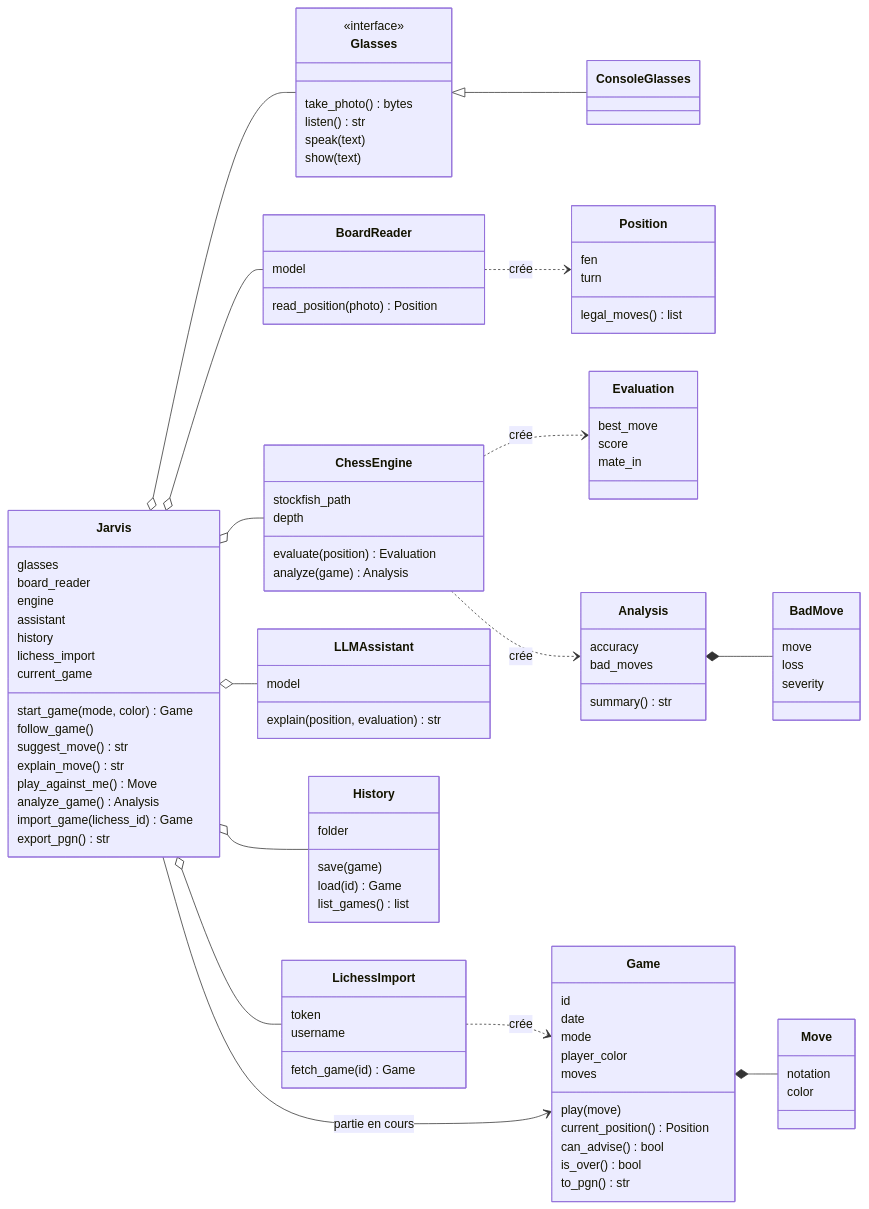
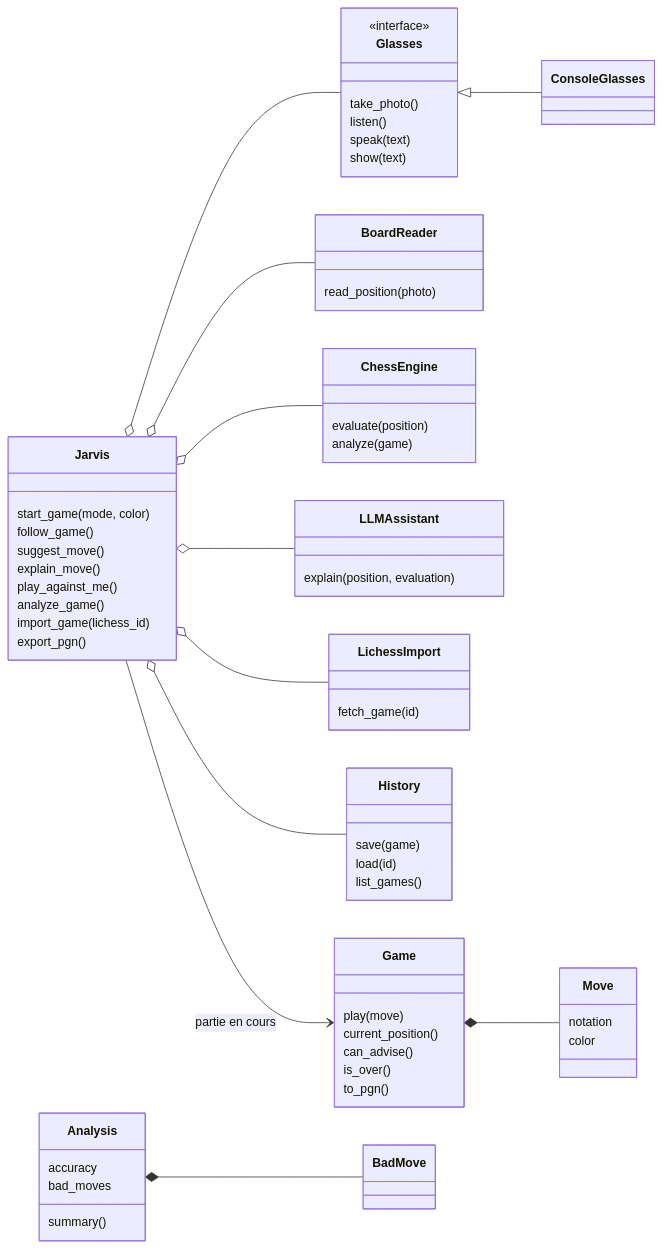
The first of 2 diagrams in docs/ARCHITECTURE.md (JaggyINK/Jagvis), drawn with Mermaid before and after one commit. The commit also changed other lines of this file and 3 other files, not shown here.

Commit message:
docs: simpler and up to date README, SUIVI, ARCHITECTURE and COMMANDES

````diff
--- a/docs/ARCHITECTURE.md
+++ b/docs/ARCHITECTURE.md
@@ -90,108 +37,66 @@
 ```mermaid
 classDiagram
     direction LR
-
     class Jarvis {
-        glasses
-        board_reader
-        engine
-        assistant
-        history
-        lichess_import
-        current_game
-        start_game(mode, color) Game
+        start_game(mode, color)
         follow_game()
-        suggest_move() str
-        explain_move() str
-        play_against_me() Move
-        analyze_game() Analysis
-        import_game(lichess_id) Game
-        export_pgn() str
+        suggest_move()
+        explain_move()
+        play_against_me()
+        analyze_game()
+        import_game(lichess_id)
+        export_pgn()
     }
-
     class Glasses {
         <<interface>>
-        take_photo() bytes
-        listen() str
+        take_photo()
+        listen()
         speak(text)
         show(text)
     }
-    class ConsoleGlasses
     class BoardReader {
-        model
-        read_position(photo) Position
+        read_position(photo)
     }
     class ChessEngine {
-        stockfish_path
-        depth
-        evaluate(position) Evaluation
-        analyze(game) Analysis
+        evaluate(position)
+        analyze(game)
     }
     class LLMAssistant {
-        model
-        explain(position, evaluation) str
+        explain(position, evaluation)
     }
     class LichessImport {
-        token
-        username
-        fetch_game(id) Game
+        fetch_game(id)
     }
     class History {
-        folder
         save(game)
-        load(id) Game
-        list_games() list
+        load(id)
+        list_games()
     }
-
     class Game {
-        id
-        date
-        mode
-        player_color
-        moves
         play(move)
-        current_position() Position
-        can_advise() bool
-        is_over() bool
-        to_pgn() str
-    }
-    class Position {
-        fen
-        turn
-        legal_moves() list
+        current_position()
+        can_advise()
+        is_over()
+        to_pgn()
     }
     class Move {
         notation
         color
     }
-    class Evaluation {
-        best_move
-        score
-        mate_in
-    }
     class Analysis {
         accuracy
         bad_moves
-        summary() str
-    }
-    class BadMove {
-        move
-        loss
-        severity
+        summary()
     }
 
     Jarvis o-- Glasses
     Jarvis o-- BoardReader
     Jarvis o-- ChessEngine
     Jarvis o-- LLMAssistant
+    Jarvis o-- LichessImport
     Jarvis o-- History
-    Jarvis o-- LichessImport
     Jarvis --> Game : partie en cours
     Glasses <|-- ConsoleGlasses
     Game *-- Move
     Analysis *-- BadMove
-    BoardReader ..> Position : crée
-    ChessEngine ..> Evaluation : crée
-    ChessEngine ..> Analysis : crée
-    LichessImport ..> Game : crée
 ```
````
